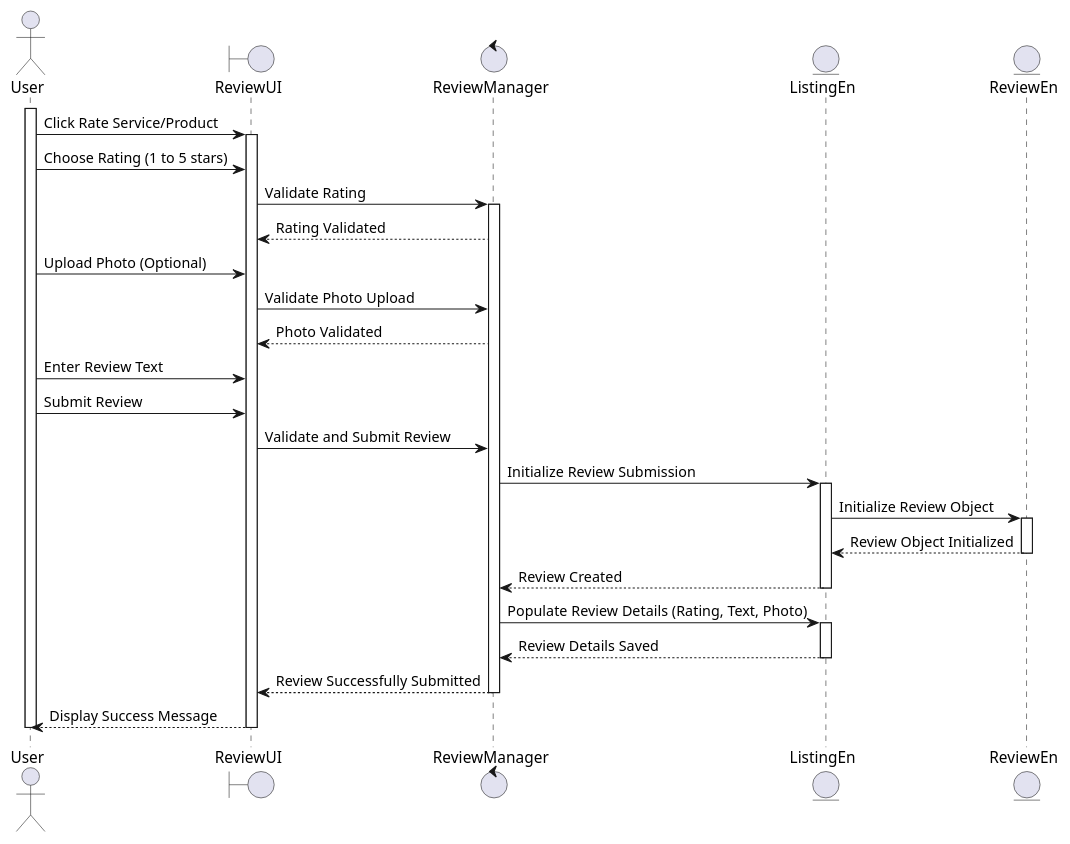
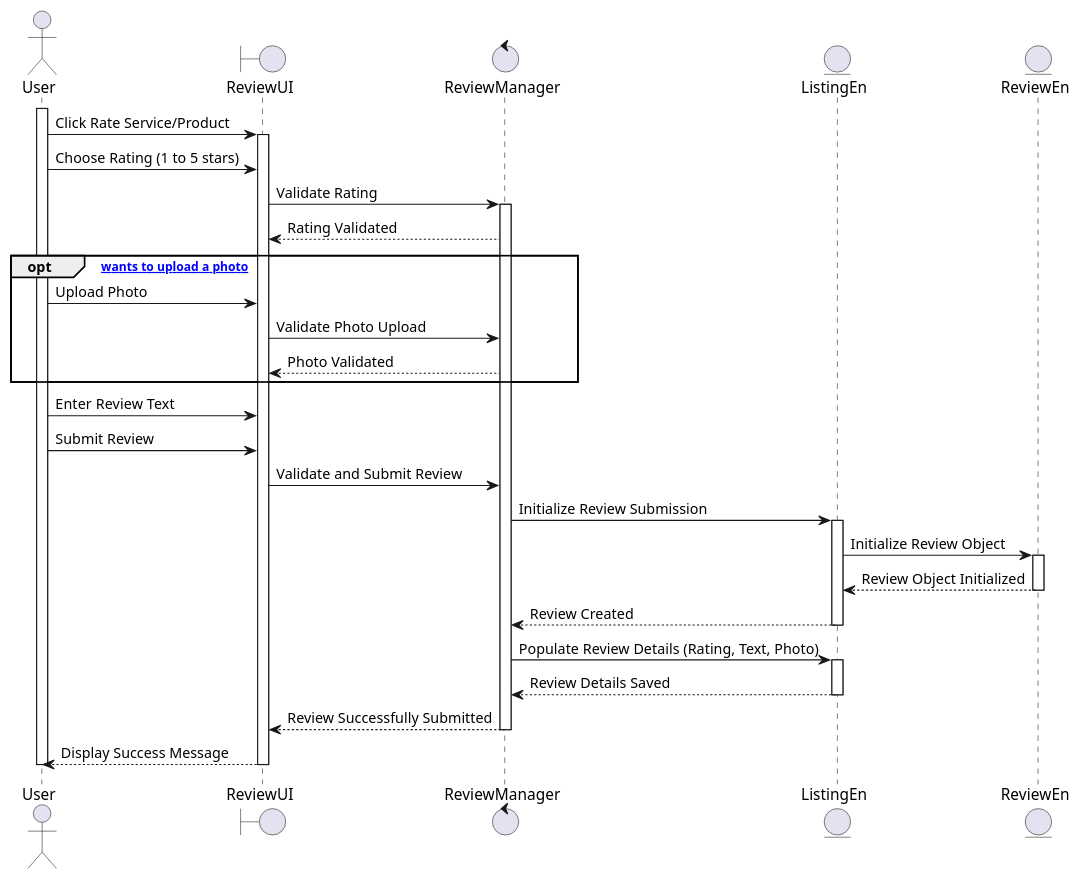
The diagram in lab2/plantuml/reviewV2.plantuml (KuaLiMin/ShopBlock), drawn with PlantUML before and after one commit.

Commit message:
Update reviewV2.plantuml
Changed the upload photo into an opt fragment

```diff
--- a/lab2/plantuml/reviewV2.plantuml
+++ b/lab2/plantuml/reviewV2.plantuml
@@ -1,53 +1,55 @@
 @startuml
 actor User as U
 boundary ReviewUI as RUI
 control ReviewManager as RM
 entity ListingEn as L
 entity ReviewEn as R
 
 activate U
 
 ' User initiating a Review after completing a product/service
 U -> RUI : Click Rate Service/Product
 activate RUI
 
 ' User selects a rating
 U -> RUI : Choose Rating (1 to 5 stars)
 RUI -> RM : Validate Rating
 activate RM
 RM --> RUI : Rating Validated
 
 ' Optional photo upload by user
-U -> RUI : Upload Photo (Optional)
-RUI -> RM : Validate Photo Upload
-RM --> RUI : Photo Validated
+opt [User wants to upload a photo]
+    U -> RUI : Upload Photo
+    RUI -> RM : Validate Photo Upload
+    RM --> RUI : Photo Validated
+end
 
 ' User enters text review
 U -> RUI : Enter Review Text
 
 ' Submitting the review
 U -> RUI : Submit Review
 RUI -> RM : Validate and Submit Review
 RM -> L : Initialize Review Submission
 activate L
 
 L -> R : Initialize Review Object
 activate R
 R --> L : Review Object Initialized
 deactivate R
 
 L --> RM : Review Created
 deactivate L
 RM -> L : Populate Review Details (Rating, Text, Photo)
 activate L
 L --> RM : Review Details Saved
 deactivate L
 
 RM --> RUI : Review Successfully Submitted
 deactivate RM
 RUI --> U : Display Success Message
 
 deactivate RUI
 deactivate U
 
 @enduml
```
